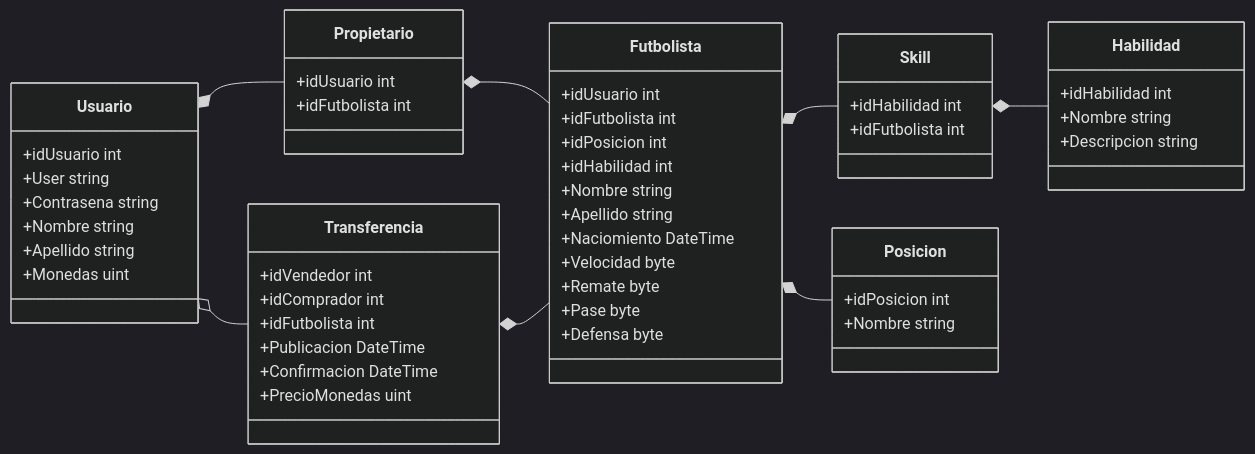
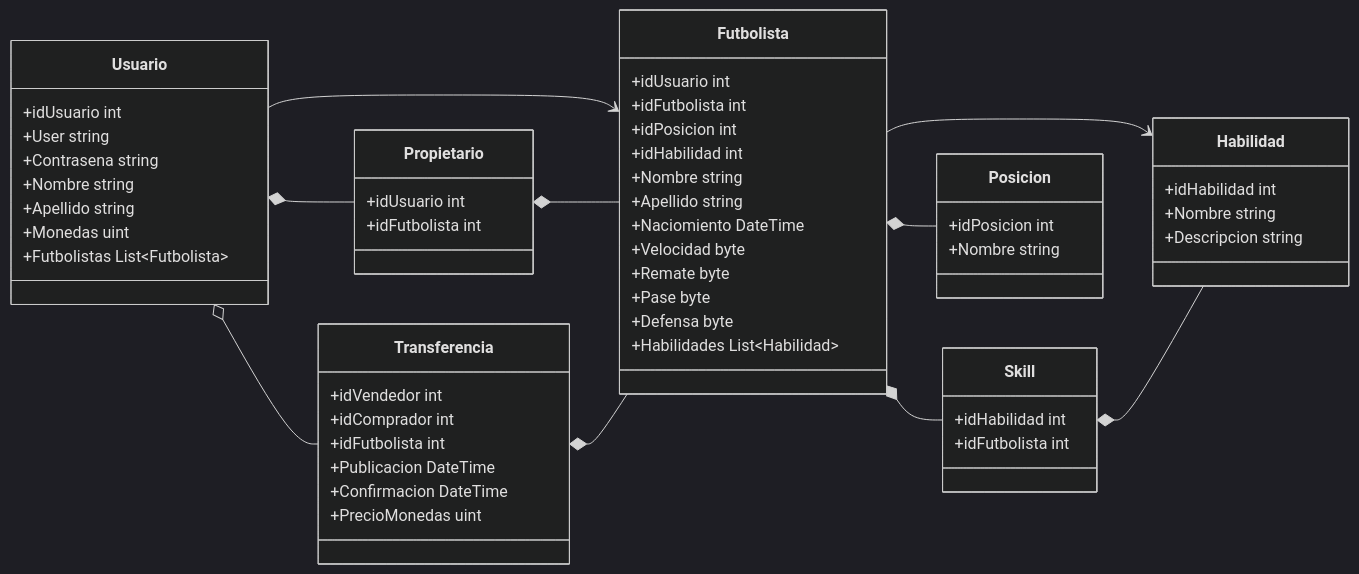
The diagram in docs/diagrama.mmd (09MauroID/FIFA2022), drawn with Mermaid (dark theme) before and after one commit. The commit also changed 8 other files, not shown here.

```diff
--- a/docs/diagrama.mmd
+++ b/docs/diagrama.mmd
@@ -1,55 +1,59 @@
 classDiagram
 direction LR
 Usuario *-- Propietario
 Usuario o-- Transferencia
+Usuario --> Futbolista
 Propietario *-- Futbolista
 Transferencia *-- Futbolista
 Futbolista *-- Skill
+Futbolista --> Habilidad
 Skill *-- Habilidad
 Futbolista *-- Posicion
 
     class Usuario
     Usuario: +idUsuario int
     Usuario: +User string
     Usuario: +Contrasena string
     Usuario: +Nombre string
     Usuario: +Apellido string
     Usuario: +Monedas uint
+    Usuario: +Futbolistas List~Futbolista~
 
     class Propietario
     Propietario: +idUsuario int
     Propietario: +idFutbolista int
 
     class Futbolista
     Futbolista: +idUsuario int
     Futbolista: +idFutbolista int
     Futbolista: +idPosicion int
     Futbolista: +idHabilidad int
     Futbolista: +Nombre string
     Futbolista: +Apellido string
     Futbolista: +Naciomiento DateTime
     Futbolista: +Velocidad byte
     Futbolista: +Remate byte
     Futbolista: +Pase byte
     Futbolista: +Defensa byte
+    Futbolista: +Habilidades List~Habilidad~
 
     class Transferencia
     Transferencia: +idVendedor int
     Transferencia: +idComprador int
     Transferencia: +idFutbolista int
     Transferencia: +Publicacion DateTime
     Transferencia: +Confirmacion DateTime
     Transferencia: +PrecioMonedas uint
 
     class Posicion
     Posicion: +idPosicion int
     Posicion: +Nombre string
 
     class Skill
     Skill: +idHabilidad int
     Skill: +idFutbolista int
 
     class Habilidad
     Habilidad: +idHabilidad int
     Habilidad: +Nombre string
     Habilidad: +Descripcion string
```
